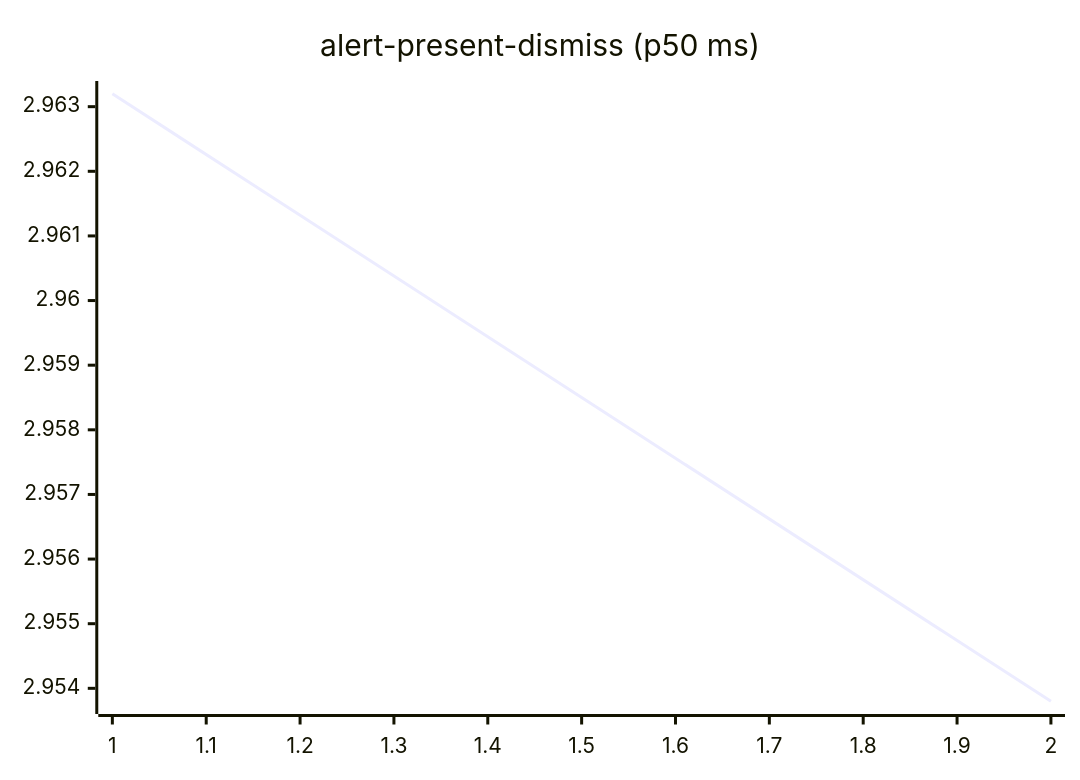
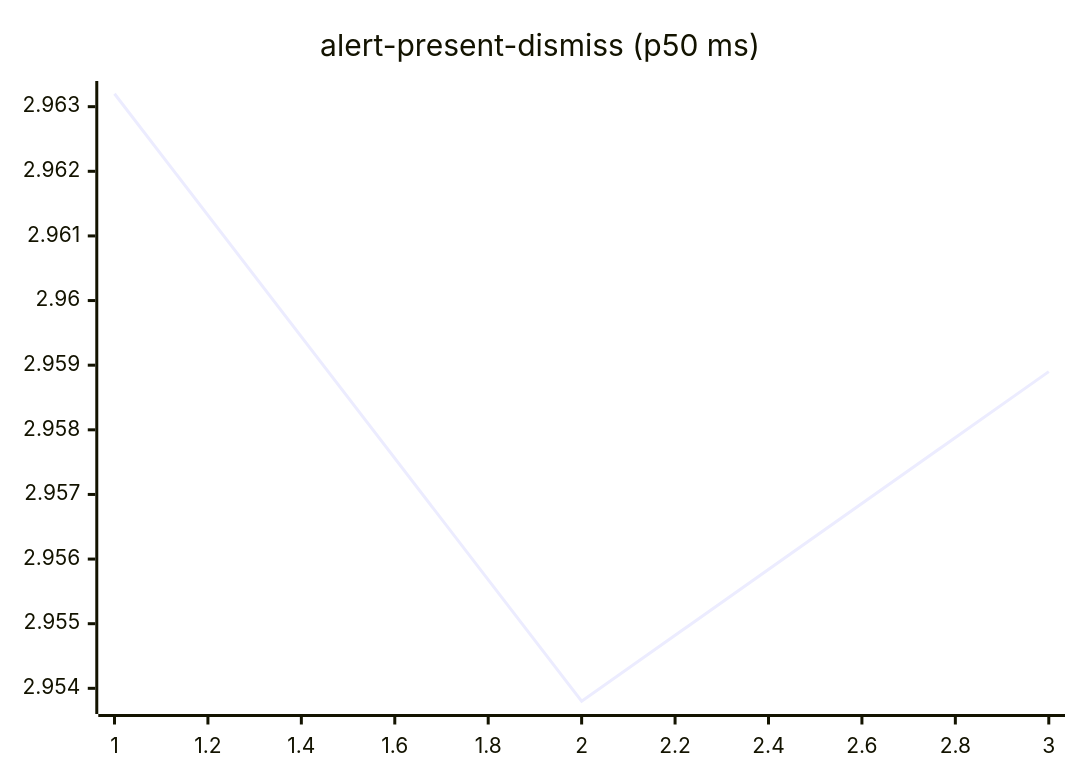
Before and after one commit to josha/Facet: the second of 27 diagrams in README.md, drawn with Mermaid. The commit also changed other lines of this file and 2 other files, not shown here.

````diff
--- a/README.md
+++ b/README.md
@@ -70,6 +70,6 @@
 ```mermaid
 xychart-beta
     title "alert-present-dismiss (p50 ms)"
-    x-axis 1 --> 2
-    line [2.9632, 2.9538]
+    x-axis 1 --> 3
+    line [2.9632, 2.9538, 2.9589]
 ```
````
